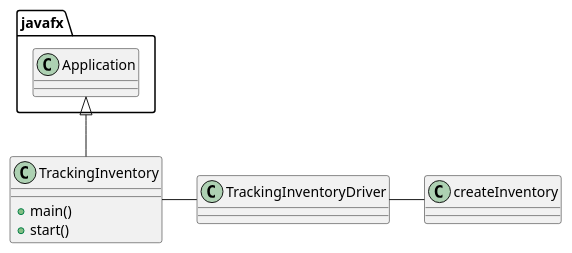
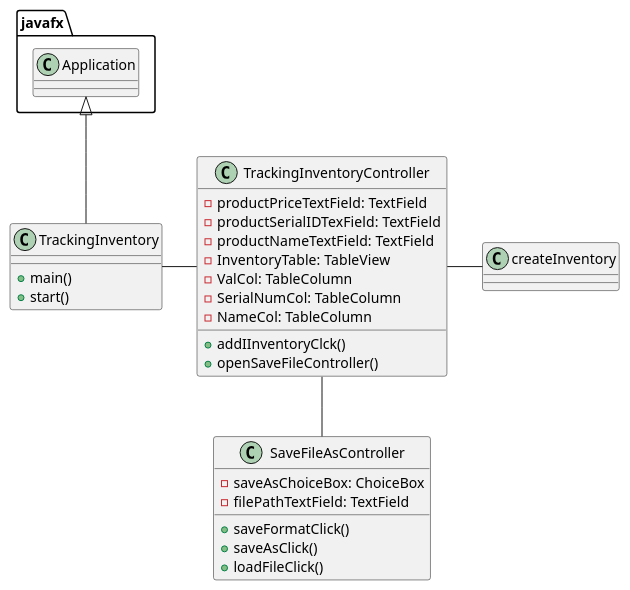
The diagram in uml/TrackingInventory.puml (fshofiquel/Item-Inventory), drawn with PlantUML before and after one commit. The commit also changed 8 other files, not shown here.

```diff
--- a/uml/TrackingInventory.puml
+++ b/uml/TrackingInventory.puml
@@ -1,26 +1,47 @@
 @startuml
 'https://plantuml.com/class-diagram
 
 class TrackingInventory
 {
     + main()
     + start()
 }
 
-class TrackingInventoryDriver
+class TrackingInventoryController
 {
+    - productPriceTextField: TextField
+    - productSerialIDTexField: TextField
+    - productNameTextField: TextField
+    - InventoryTable: TableView
+    - ValCol: TableColumn
+    - SerialNumCol: TableColumn
+    - NameCol: TableColumn
 
+    + addIInventoryClck()
+    + openSaveFileController()
+}
+
+class SaveFileAsController
+{
+    - saveAsChoiceBox: ChoiceBox
+    - filePathTextField: TextField
+
+    + saveFormatClick()
+    + saveAsClick()
+    + loadFileClick()
 }
 
 class createInventory
 {
 
 }
 
 
 javafx.Application <|-- TrackingInventory
 
-TrackingInventory - TrackingInventoryDriver
-TrackingInventoryDriver - createInventory
+TrackingInventory - TrackingInventoryController
+TrackingInventoryController - createInventory
+TrackingInventoryController -- SaveFileAsController
+
 
 @enduml
```
